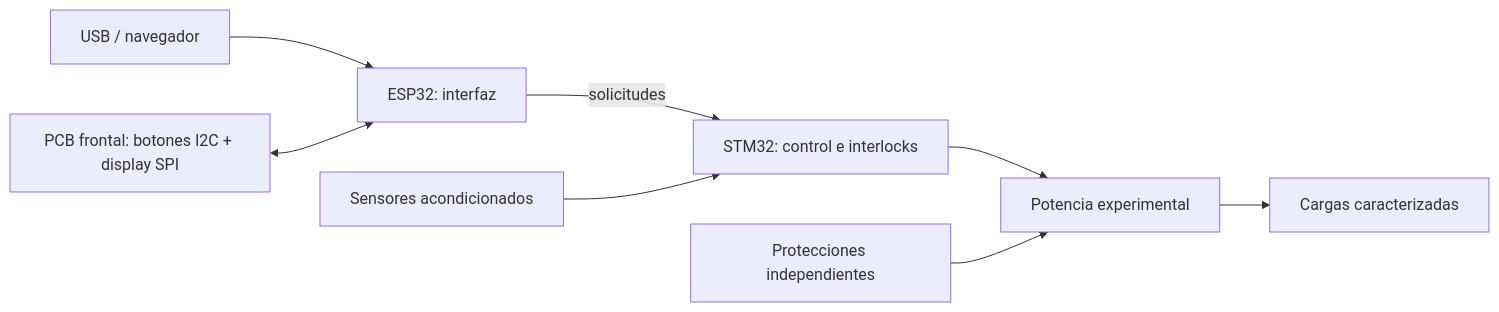
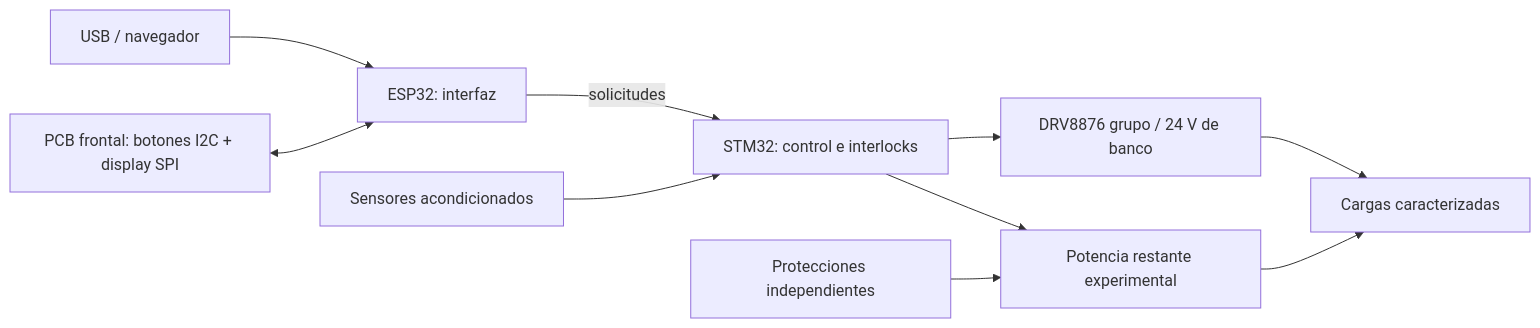
Before and after one commit to itorralbo/open-saeco-controller: the diagram in docs/architecture.md, drawn with Mermaid. The commit also changed other lines of this file and 24 other files, not shown here.

````diff
--- a/docs/architecture.md
+++ b/docs/architecture.md
@@ -22,10 +24,12 @@
 ```mermaid
 flowchart LR
     U[USB / navegador] --> E[ESP32: interfaz]
     F[PCB frontal: botones I2C + display SPI] <--> E
     E -->|solicitudes| S[STM32: control e interlocks]
     I[Sensores acondicionados] --> S
-    S --> P[Potencia experimental]
+    S --> G[DRV8876 grupo / 24 V de banco]
+    S --> P[Potencia restante experimental]
+    G --> C[Cargas caracterizadas]
     P --> C[Cargas caracterizadas]
     H[Protecciones independientes] --> P
 ```
````
